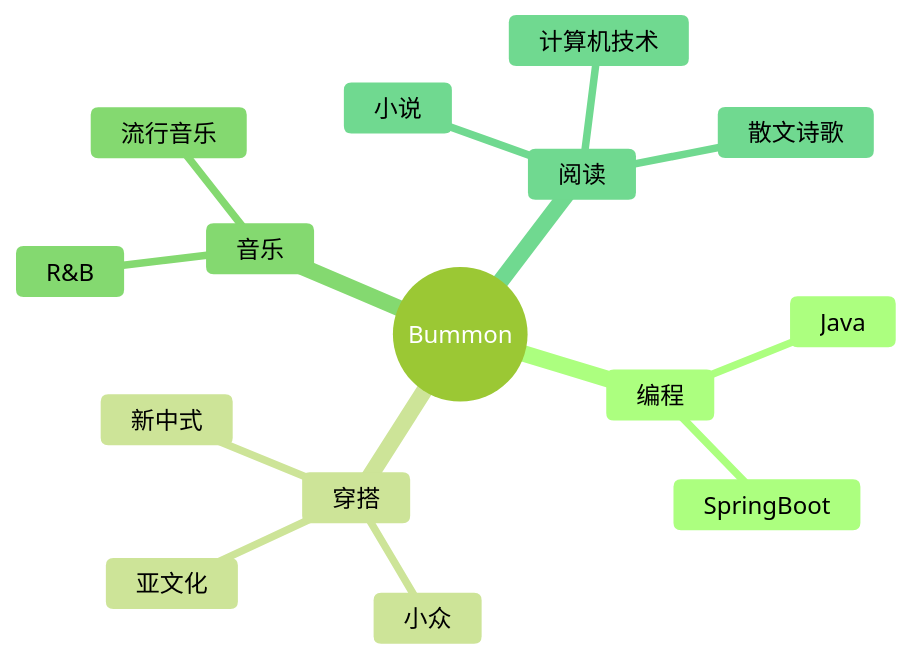
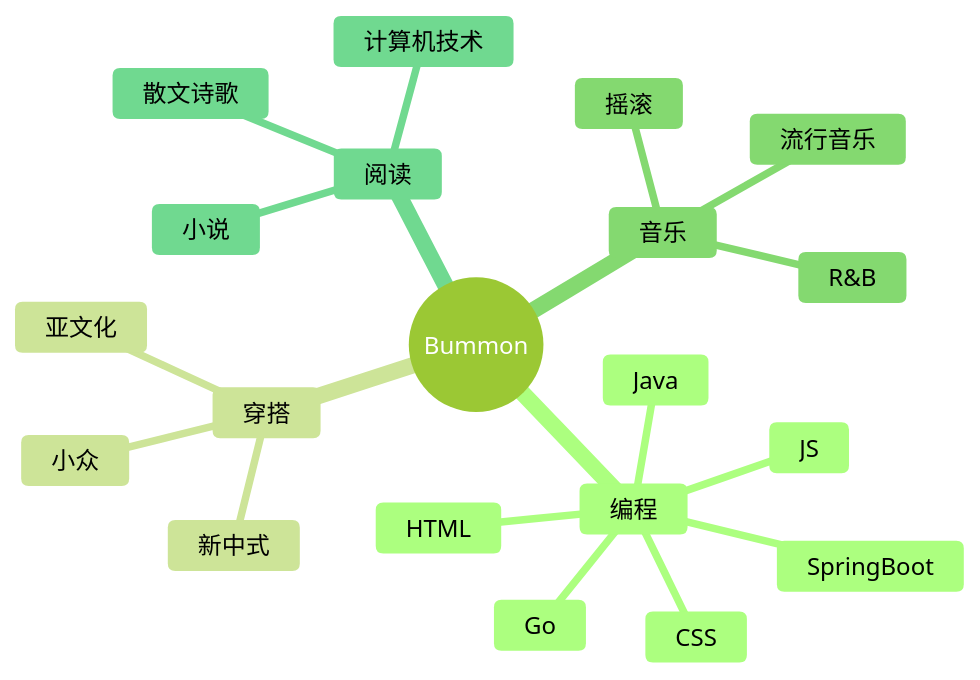
The diagram in README.md (Bummon/Bummon), drawn with Mermaid (forest theme) before and after one commit.

````diff
--- a/README.md
+++ b/README.md
@@ -178,19 +178,24 @@
 ```mermaid
 mindmap
   root((Bummon))
     编程
       Java
       SpringBoot
+      Go
+      HTML
+      CSS
+      JS
     穿搭
       亚文化
       小众
       新中式
     音乐
+      摇滚
       R&B
       流行音乐
     阅读
       计算机技术
       散文诗歌
       小说
       
 ```
````
